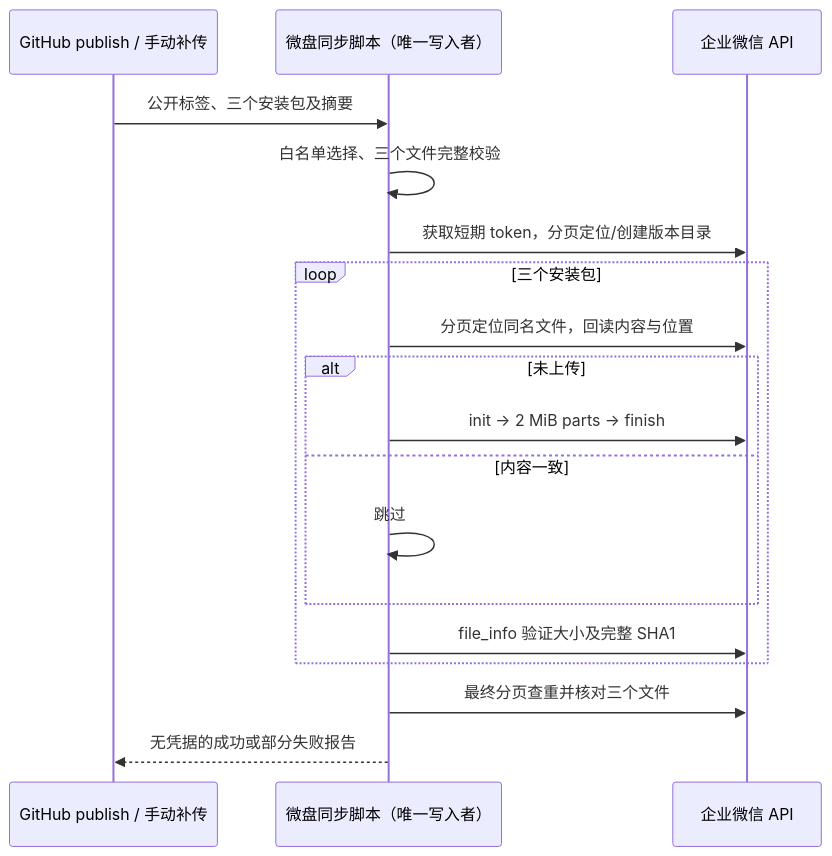
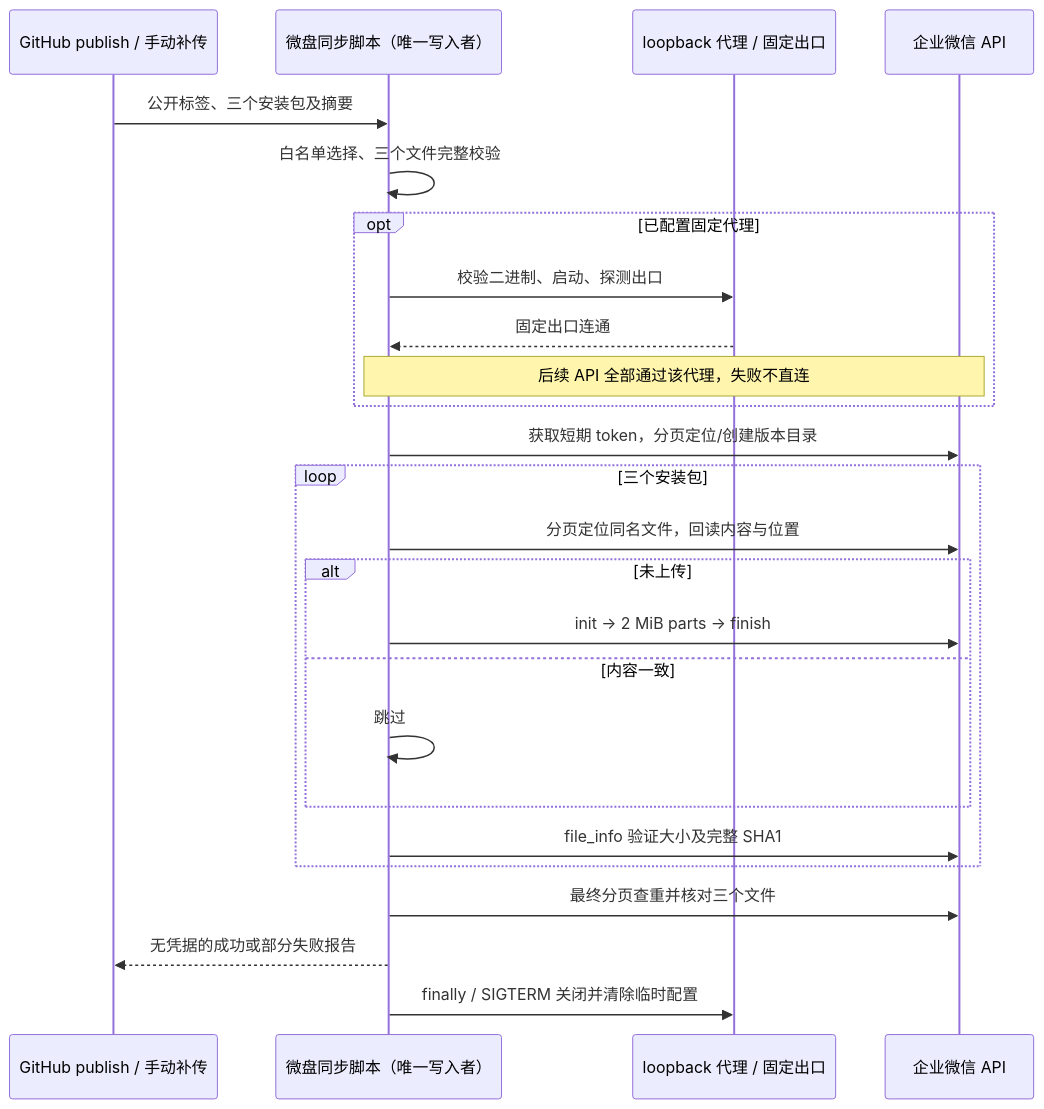
Before and after one commit to Jas0nxlee/UWork_frontend: the diagram in specs/wecom-release-sync.md, drawn with Mermaid. The commit also changed other lines of this file and 5 other files, not shown here.

````diff
--- a/specs/wecom-release-sync.md
+++ b/specs/wecom-release-sync.md
@@ -19,20 +23,27 @@
 ```mermaid
 sequenceDiagram
   participant GH as GitHub publish / 手动补传
   participant WF as 微盘同步脚本（唯一写入者）
+  participant PX as loopback 代理 / 固定出口
   participant WX as 企业微信 API
   GH->>WF: 公开标签、三个安装包及摘要
   WF->>WF: 白名单选择、三个文件完整校验
+  opt 已配置固定代理
+    WF->>PX: 校验二进制、启动、探测出口
+    PX-->>WF: 固定出口连通
+    Note over WF,WX: 后续 API 全部通过该代理，失败不直连
+  end
   WF->>WX: 获取短期 token，分页定位/创建版本目录
   loop 三个安装包
     WF->>WX: 分页定位同名文件，回读内容与位置
     alt 未上传
       WF->>WX: init → 2 MiB parts → finish
     else 内容一致
       WF->>WF: 跳过
     end
     WF->>WX: file_info 验证大小及完整 SHA1
   end
   WF->>WX: 最终分页查重并核对三个文件
   WF-->>GH: 无凭据的成功或部分失败报告
+  WF->>PX: finally / SIGTERM 关闭并清除临时配置
 ```
````
